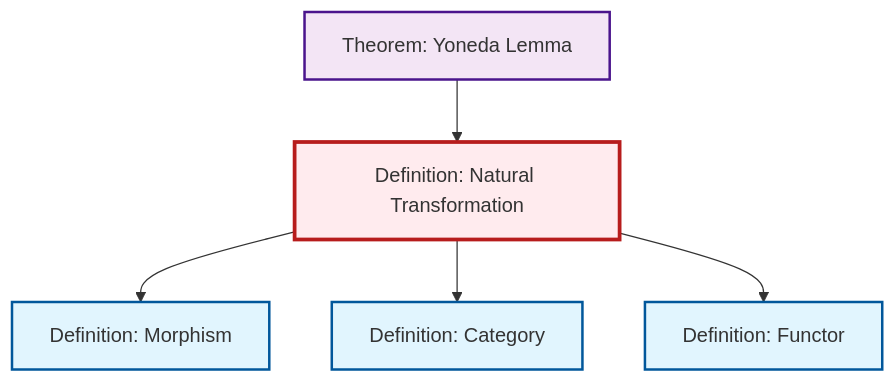
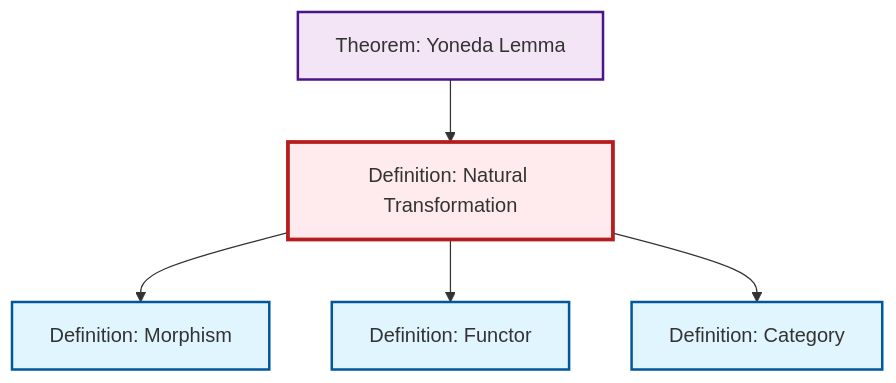
Before and after one commit to RK0429/ModernMath: the diagram in content/en/category-theory/def-natural-transformation.qmd, drawn with Mermaid. The commit also changed other lines of this file and 360 other files, not shown here.

````diff
--- a/content/en/category-theory/def-natural-transformation.qmd
+++ b/content/en/category-theory/def-natural-transformation.qmd
@@ -59,23 +59,23 @@
 ```{mermaid}
 %%| fig-cap: "Local dependency graph"
 graph TD
     classDef definition fill:#e1f5fe,stroke:#01579b,stroke-width:2px
     classDef theorem fill:#f3e5f5,stroke:#4a148c,stroke-width:2px
     classDef axiom fill:#fff3e0,stroke:#e65100,stroke-width:2px
     classDef example fill:#e8f5e9,stroke:#1b5e20,stroke-width:2px
     classDef current fill:#ffebee,stroke:#b71c1c,stroke-width:3px
-    def-functor["Definition: Functor"]:::definition
     thm-yoneda["Theorem: Yoneda Lemma"]:::theorem
-    def-category["Definition: Category"]:::definition
     def-natural-transformation["Definition: Natural Transformation"]:::definition
     def-morphism["Definition: Morphism"]:::definition
+    def-category["Definition: Category"]:::definition
+    def-functor["Definition: Functor"]:::definition
+    def-natural-transformation --> def-morphism
+    def-natural-transformation --> def-functor
     thm-yoneda --> def-natural-transformation
-    def-natural-transformation --> def-morphism
     def-natural-transformation --> def-category
-    def-natural-transformation --> def-functor
     class def-natural-transformation current
+    click thm-yoneda "thm-yoneda.html" "Go to Yoneda Lemma theorem"
+    click def-morphism "def-morphism.html" "Go to Morphism definition"
+    click def-category "def-category.html" "Go to Category definition"
     click def-functor "def-functor.html" "Go to Functor definition"
-    click thm-yoneda "thm-yoneda.html" "Go to Yoneda Lemma theorem"
-    click def-category "def-category.html" "Go to Category definition"
-    click def-morphism "def-morphism.html" "Go to Morphism definition"
 ```
````
